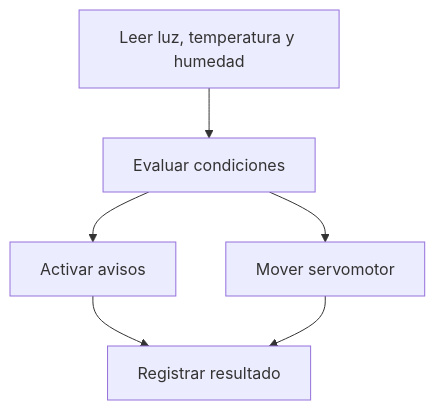
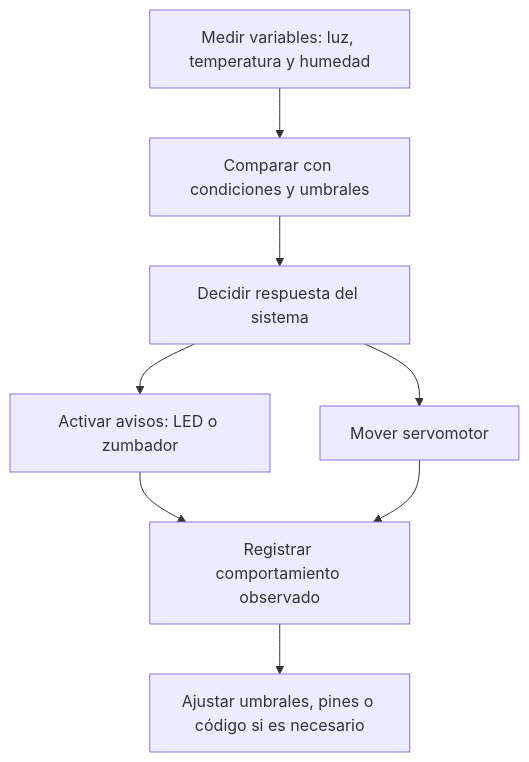
One commit to martaprof/proyecto-ejemplificativo changed the first of 4 diagrams in 03-sesiones/sesion-17-integracion-control-automatico/README.md. Above: the diagram before and after it, drawn with Mermaid. The commit also changed other lines of this file and 5 other files, not shown here.

````diff
--- a/03-sesiones/sesion-17-integracion-control-automatico/README.md
+++ b/03-sesiones/sesion-17-integracion-control-automatico/README.md
@@ -29,8 +48,10 @@
 ```mermaid
 flowchart TD
-    A["Leer luz, temperatura y humedad"] --> B["Evaluar condiciones"]
-    B --> C["Activar avisos"]
-    B --> D["Mover servomotor"]
-    C --> E["Registrar resultado"]
-    D --> E
+    A["Medir variables: luz, temperatura y humedad"] --> B["Comparar con condiciones y umbrales"]
+    B --> C["Decidir respuesta del sistema"]
+    C --> D["Activar avisos: LED o zumbador"]
+    C --> E["Mover servomotor"]
+    D --> F["Registrar comportamiento observado"]
+    E --> F
+    F --> G["Ajustar umbrales, pines o código si es necesario"]
 ```
````
